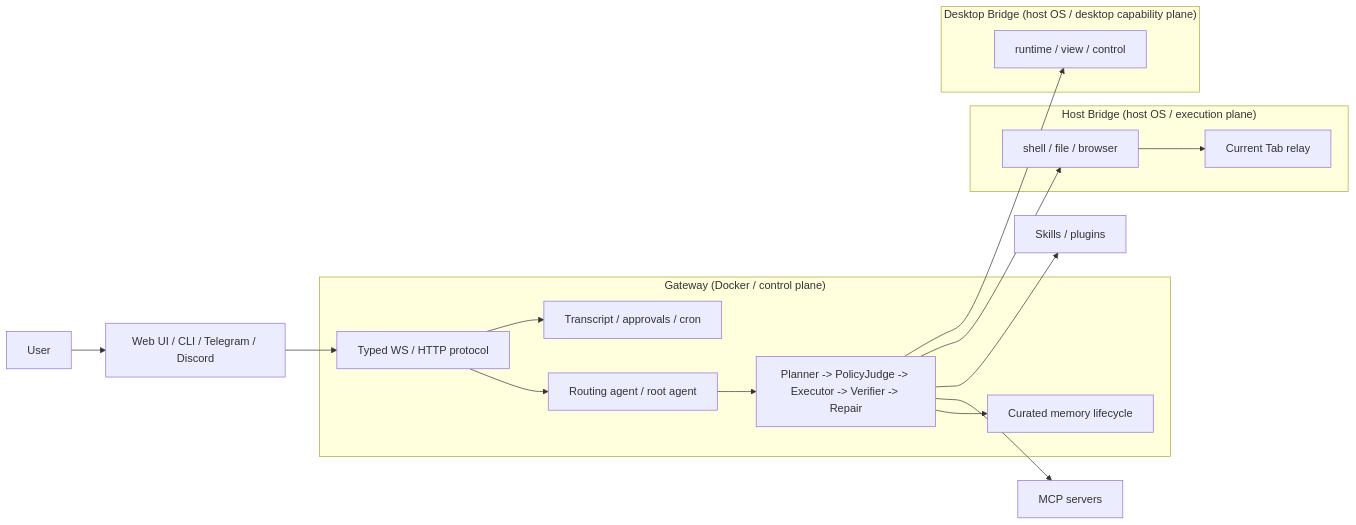
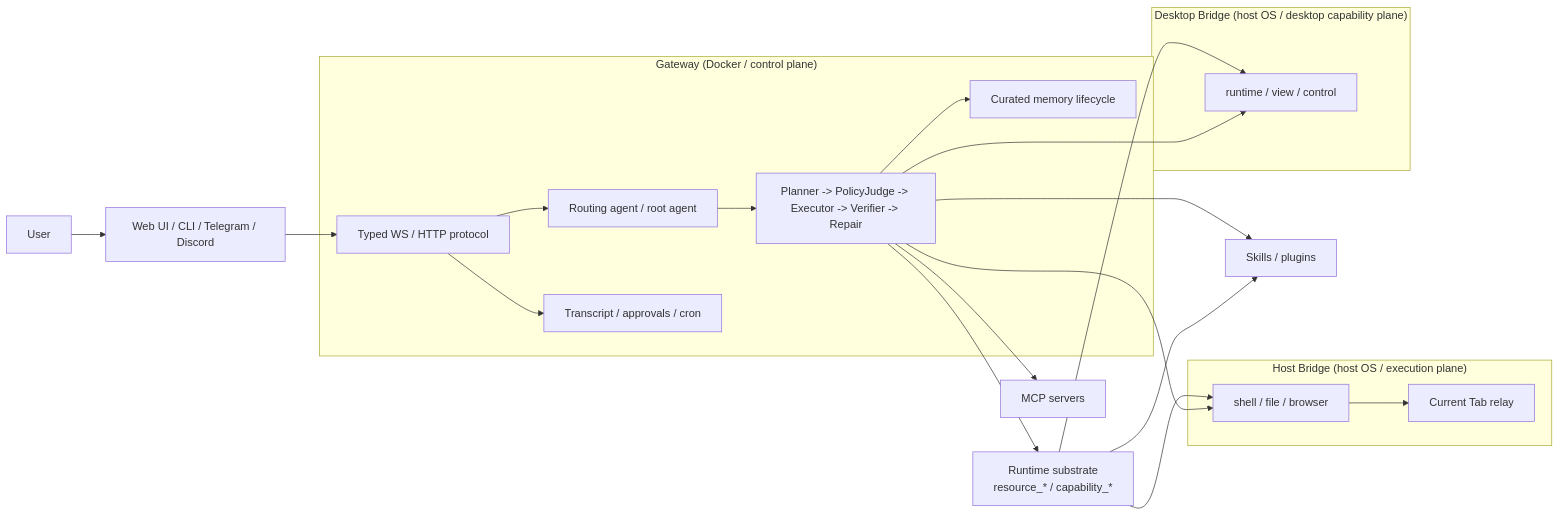
One commit to pome223/boiled-claw-public changed the diagram in README.md. Above: the diagram before and after it, drawn with Mermaid. The commit also changed other lines of this file and 10 other files, not shown here.

````diff
--- a/README.md
+++ b/README.md
@@ -60,35 +148,40 @@
 ```mermaid
 flowchart LR
     User["User"]
     Channels["Web UI / CLI / Telegram / Discord"]
 
     subgraph Gateway["Gateway (Docker / control plane)"]
         Protocol["Typed WS / HTTP protocol"]
         Routing["Routing agent / root agent"]
         ControlLoop["Planner -> PolicyJudge -> Executor -> Verifier -> Repair"]
         Transcript["Transcript / approvals / cron"]
         Memory["Curated memory lifecycle"]
     end
 
     subgraph Host["Host Bridge (host OS / execution plane)"]
         HostTools["shell / file / browser"]
         CurrentTab["Current Tab relay"]
     end
 
     subgraph Desktop["Desktop Bridge (host OS / desktop capability plane)"]
         DesktopRuntime["runtime / view / control"]
     end
 
+    RuntimeRegistry["Runtime substrate<br/>resource_* / capability_*"]
     MCP["MCP servers"]
     Skills["Skills / plugins"]
 
     User --> Channels --> Protocol
     Protocol --> Routing --> ControlLoop
     Protocol --> Transcript
     ControlLoop --> Memory
     ControlLoop --> MCP
     ControlLoop --> Skills
+    ControlLoop --> RuntimeRegistry
+    RuntimeRegistry --> Skills
+    RuntimeRegistry --> HostTools
+    RuntimeRegistry --> DesktopRuntime
     ControlLoop --> HostTools
     ControlLoop --> DesktopRuntime
     HostTools --> CurrentTab
 ```
````
